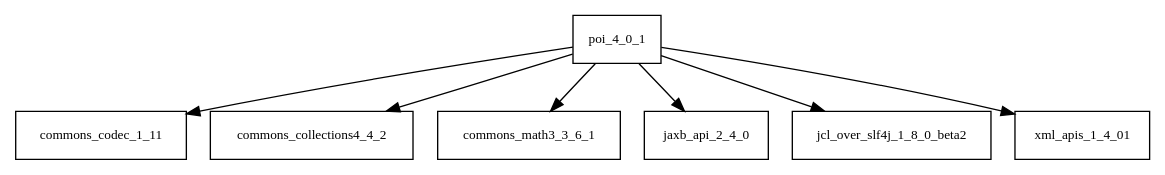
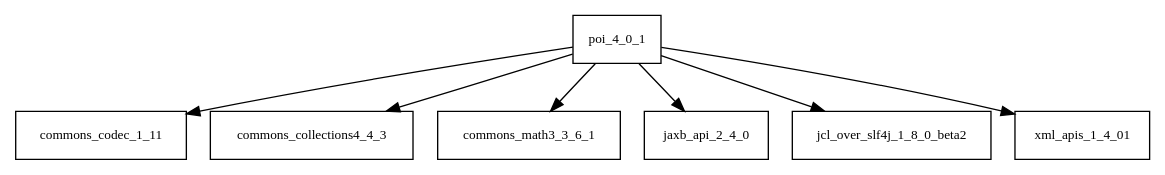
One commit to Hack23/cia changed the diagram in tattleTaleReport/graphviz/poi-4.0.1.jar/poi-4.0.1.jar.dot. Above: the diagram before and after it, drawn with Graphviz. The commit also changed 4761 other files, not shown here.

```diff
--- a/tattleTaleReport/graphviz/poi-4.0.1.jar/poi-4.0.1.jar.dot
+++ b/tattleTaleReport/graphviz/poi-4.0.1.jar/poi-4.0.1.jar.dot
@@ -1,9 +1,9 @@
 digraph poi_4_0_1_dependencies {
   node [shape = box, fontsize=10.0];
   poi_4_0_1 -> commons_codec_1_11;
-  poi_4_0_1 -> commons_collections4_4_2;
+  poi_4_0_1 -> commons_collections4_4_3;
   poi_4_0_1 -> commons_math3_3_6_1;
   poi_4_0_1 -> jaxb_api_2_4_0;
   poi_4_0_1 -> jcl_over_slf4j_1_8_0_beta2;
   poi_4_0_1 -> xml_apis_1_4_01;
 }
```
